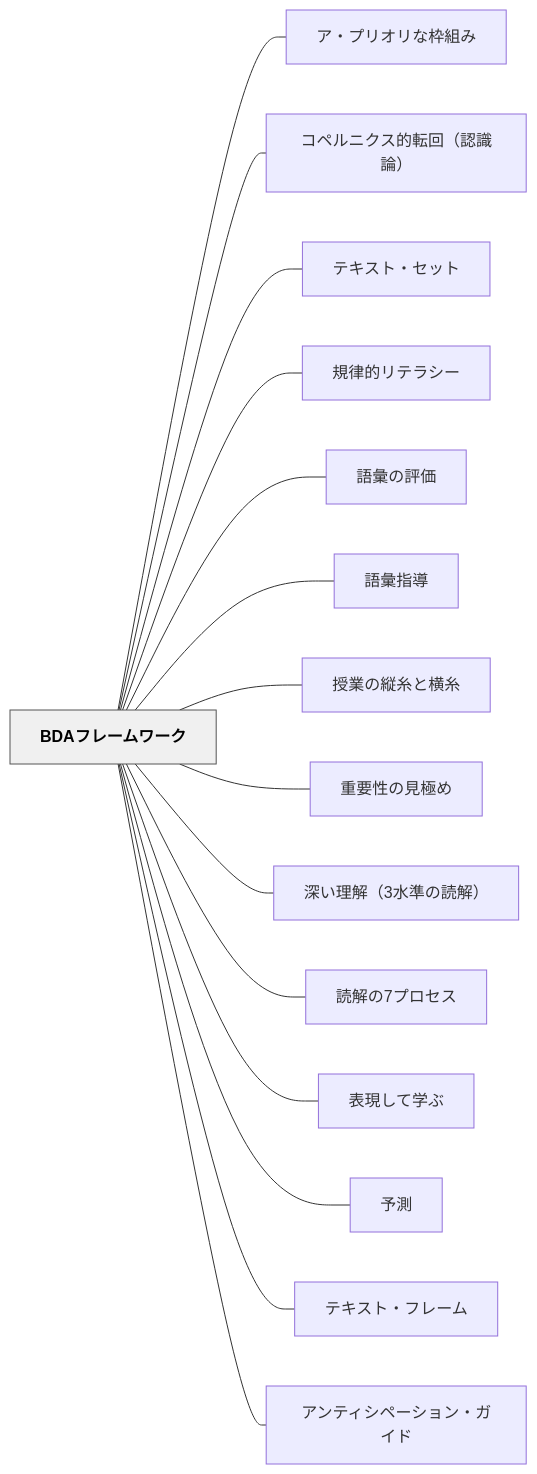
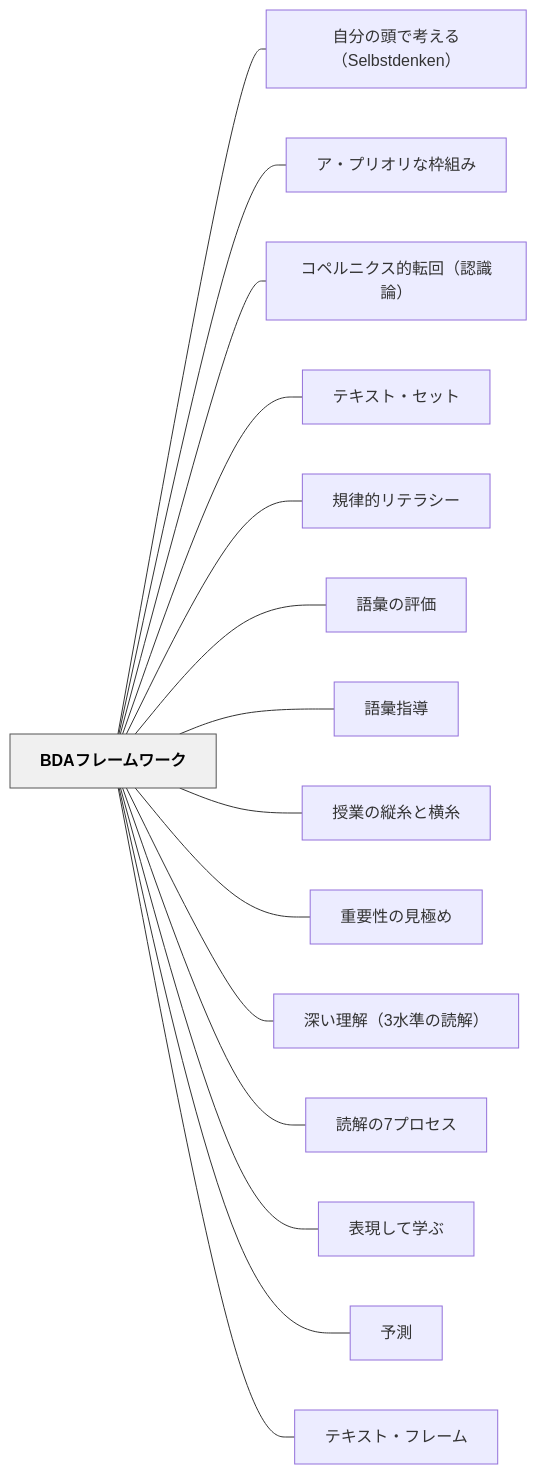
One commit to unknownthings-ed-patterns/unknownthings-ed-patterns changed the diagram in content/パタン/BDAフレームワーク.md. Above: the diagram before and after it, drawn with Mermaid. The commit also changed other lines of this file and 21 other files, not shown here.

````diff
--- a/content/パタン/BDAフレームワーク.md
+++ b/content/パタン/BDAフレームワーク.md
@@ -207,36 +208,36 @@
 ```mermaid
 flowchart LR
     n424441e38395e383ace383bce383a0e383afe383bce382af["BDAフレームワーク"]
+    ne887aae58886e381aee9a0ade381a7e88083e38188e3828befbc8853656c62737464656e6b656eefbc89["自分の頭で考える（Selbstdenken）"]
     ne382a2e383bbe38397e383aae382aae383aae381aae69ea0e7b584e381bf["ア・プリオリな枠組み"]
     ne382b3e3839ae383abe3838be382afe382b9e79a84e8bba2e59b9eefbc88e8aa8de8ad98e8ab96efbc89["コペルニクス的転回（認識論）"]
     ne38386e382ade382b9e38388e383bbe382bbe38383e38388["テキスト・セット"]
     ne8a68fe5be8be79a84e383aae38386e383a9e382b7e383bc["規律的リテラシー"]
     ne8aa9ee5bd99e381aee8a995e4bea1["語彙の評価"]
     ne8aa9ee5bd99e68c87e5b08e["語彙指導"]
     ne68e88e6a5ade381aee7b8a6e7b3b8e381a8e6a8aae7b3b8["授業の縦糸と横糸"]
     ne9878de8a681e680a7e381aee8a68be6a5b5e38281["重要性の見極め"]
     ne6b7b1e38184e79086e8a7a3efbc8833e6b0b4e6ba96e381aee8aaade8a7a3efbc89["深い理解（3水準の読解）"]
     ne8aaade8a7a3e381ae37e38397e383ade382bbe382b9["読解の7プロセス"]
     ne8a1a8e78fbee38197e381a6e5ada6e381b6["表現して学ぶ"]
     ne4ba88e6b8ac["予測"]
     ne38386e382ade382b9e38388e383bbe38395e383ace383bce383a0["テキスト・フレーム"]
-    ne382a2e383b3e38386e382a3e382b7e3839ae383bce382b7e383a7e383b3e383bbe382ace382a4e38389["アンティシペーション・ガイド"]
 
+    n424441e38395e383ace383bce383a0e383afe383bce382af --- ne887aae58886e381aee9a0ade381a7e88083e38188e3828befbc8853656c62737464656e6b656eefbc89
     n424441e38395e383ace383bce383a0e383afe383bce382af --- ne382a2e383bbe38397e383aae382aae383aae381aae69ea0e7b584e381bf
     n424441e38395e383ace383bce383a0e383afe383bce382af --- ne382b3e3839ae383abe3838be382afe382b9e79a84e8bba2e59b9eefbc88e8aa8de8ad98e8ab96efbc89
     n424441e38395e383ace383bce383a0e383afe383bce382af --- ne38386e382ade382b9e38388e383bbe382bbe38383e38388
     n424441e38395e383ace383bce383a0e383afe383bce382af --- ne8a68fe5be8be79a84e383aae38386e383a9e382b7e383bc
     n424441e38395e383ace383bce383a0e383afe383bce382af --- ne8aa9ee5bd99e381aee8a995e4bea1
     n424441e38395e383ace383bce383a0e383afe383bce382af --- ne8aa9ee5bd99e68c87e5b08e
     n424441e38395e383ace383bce383a0e383afe383bce382af --- ne68e88e6a5ade381aee7b8a6e7b3b8e381a8e6a8aae7b3b8
     n424441e38395e383ace383bce383a0e383afe383bce382af --- ne9878de8a681e680a7e381aee8a68be6a5b5e38281
     n424441e38395e383ace383bce383a0e383afe383bce382af --- ne6b7b1e38184e79086e8a7a3efbc8833e6b0b4e6ba96e381aee8aaade8a7a3efbc89
     n424441e38395e383ace383bce383a0e383afe383bce382af --- ne8aaade8a7a3e381ae37e38397e383ade382bbe382b9
     n424441e38395e383ace383bce383a0e383afe383bce382af --- ne8a1a8e78fbee38197e381a6e5ada6e381b6
     n424441e38395e383ace383bce383a0e383afe383bce382af --- ne4ba88e6b8ac
     n424441e38395e383ace383bce383a0e383afe383bce382af --- ne38386e382ade382b9e38388e383bbe38395e383ace383bce383a0
-    n424441e38395e383ace383bce383a0e383afe383bce382af --- ne382a2e383b3e38386e382a3e382b7e3839ae383bce382b7e383a7e383b3e383bbe382ace382a4e38389
 
     classDef hub fill:#f0f0f0,stroke:#555,color:#000,font-weight:bold
     class n424441e38395e383ace383bce383a0e383afe383bce382af hub
 ```
````
